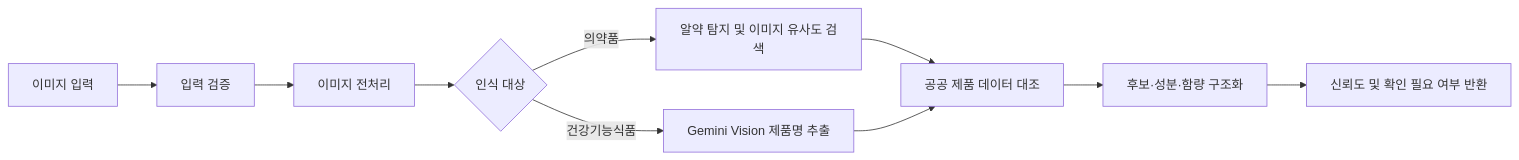
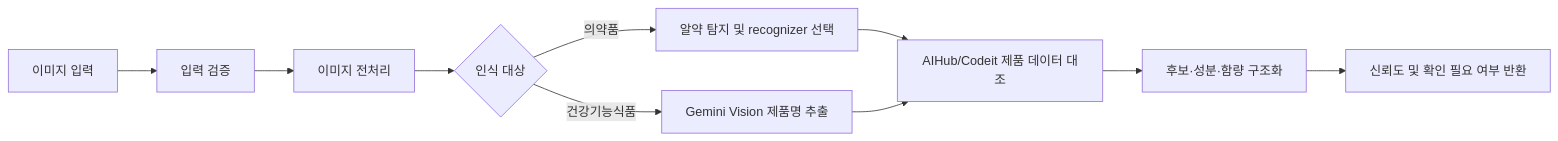
Before and after one commit to iccas6-click/ai: the diagram in README.md, drawn with Mermaid. The commit also changed other lines of this file and 3 other files, not shown here.

````diff
--- a/README.md
+++ b/README.md
@@ -62,12 +62,12 @@
 ```mermaid
 flowchart LR
     A["이미지 입력"] --> B["입력 검증"]
     B --> C["이미지 전처리"]
     C --> D{"인식 대상"}
-    D -->|"의약품"| E["알약 탐지 및 이미지 유사도 검색"]
+    D -->|"의약품"| E["알약 탐지 및 recognizer 선택"]
     D -->|"건강기능식품"| F["Gemini Vision 제품명 추출"]
-    E --> G["공공 제품 데이터 대조"]
+    E --> G["AIHub/Codeit 제품 데이터 대조"]
     F --> G
     G --> H["후보·성분·함량 구조화"]
     H --> I["신뢰도 및 확인 필요 여부 반환"]
 ```
````
